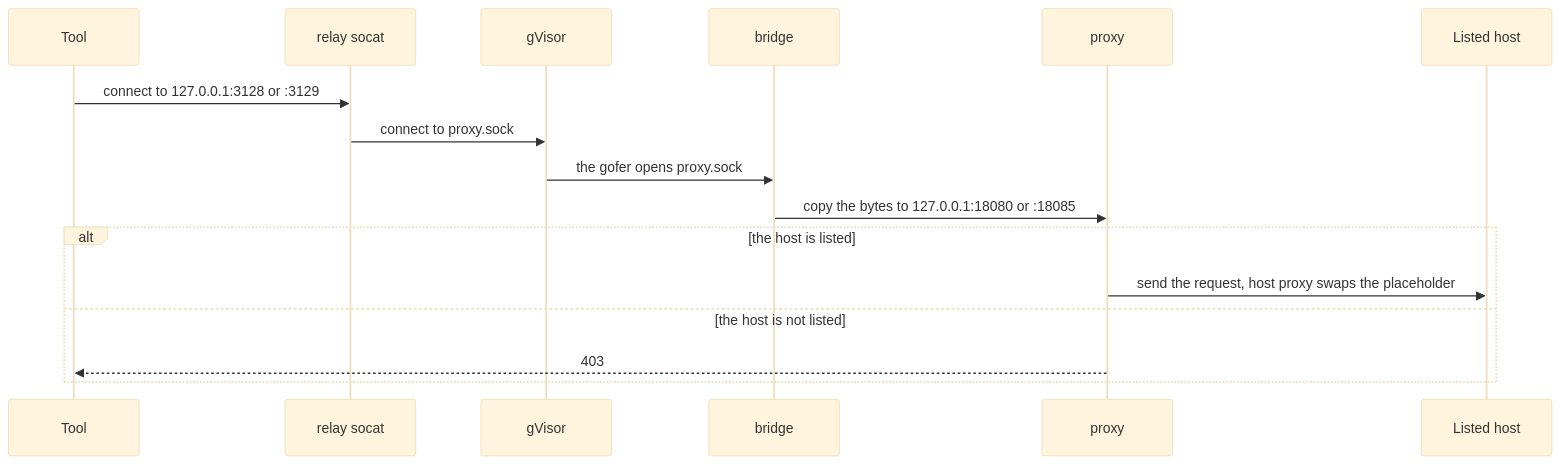
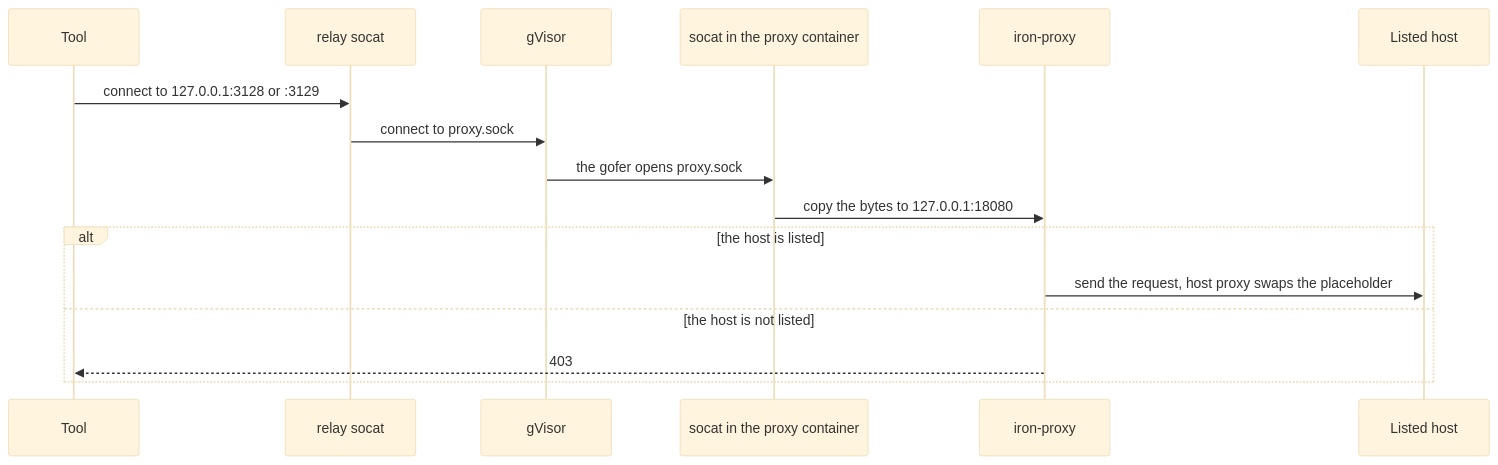
Before and after one commit to raghav19/engineersdaybook: the fifth of 7 diagrams in .sandbox/docs/internals.md, drawn with Mermaid (base theme). The commit also changed other lines of this file and 2 other files, not shown here.

````diff
--- a/.sandbox/docs/internals.md
+++ b/.sandbox/docs/internals.md
@@ -142,18 +137,18 @@
 ```mermaid
 sequenceDiagram
     participant Tool
     participant Relay as relay socat
     participant gVisor
-    participant Bridge as bridge
-    participant Proxy as proxy
+    participant Socat as socat in the proxy container
+    participant Proxy as iron-proxy
     participant Host as Listed host
     Tool->>Relay: connect to 127.0.0.1:3128 or :3129
     Relay->>gVisor: connect to proxy.sock
-    gVisor->>Bridge: the gofer opens proxy.sock
-    Bridge->>Proxy: copy the bytes to 127.0.0.1:18080 or :18085
+    gVisor->>Socat: the gofer opens proxy.sock
+    Socat->>Proxy: copy the bytes to 127.0.0.1:18080
     alt the host is listed
         Proxy->>Host: send the request, host proxy swaps the placeholder
     else the host is not listed
         Proxy-->>Tool: 403
     end
 ```
````
